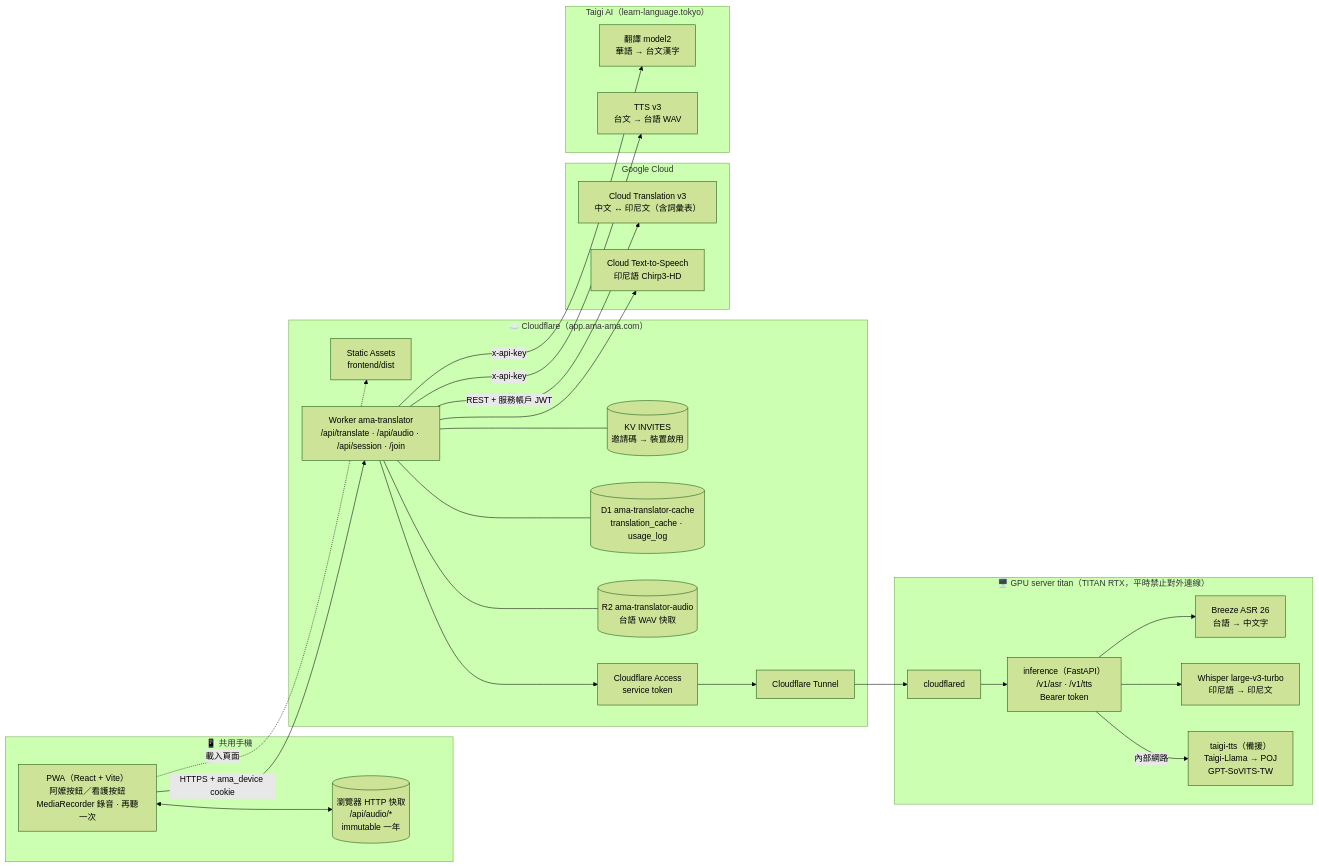
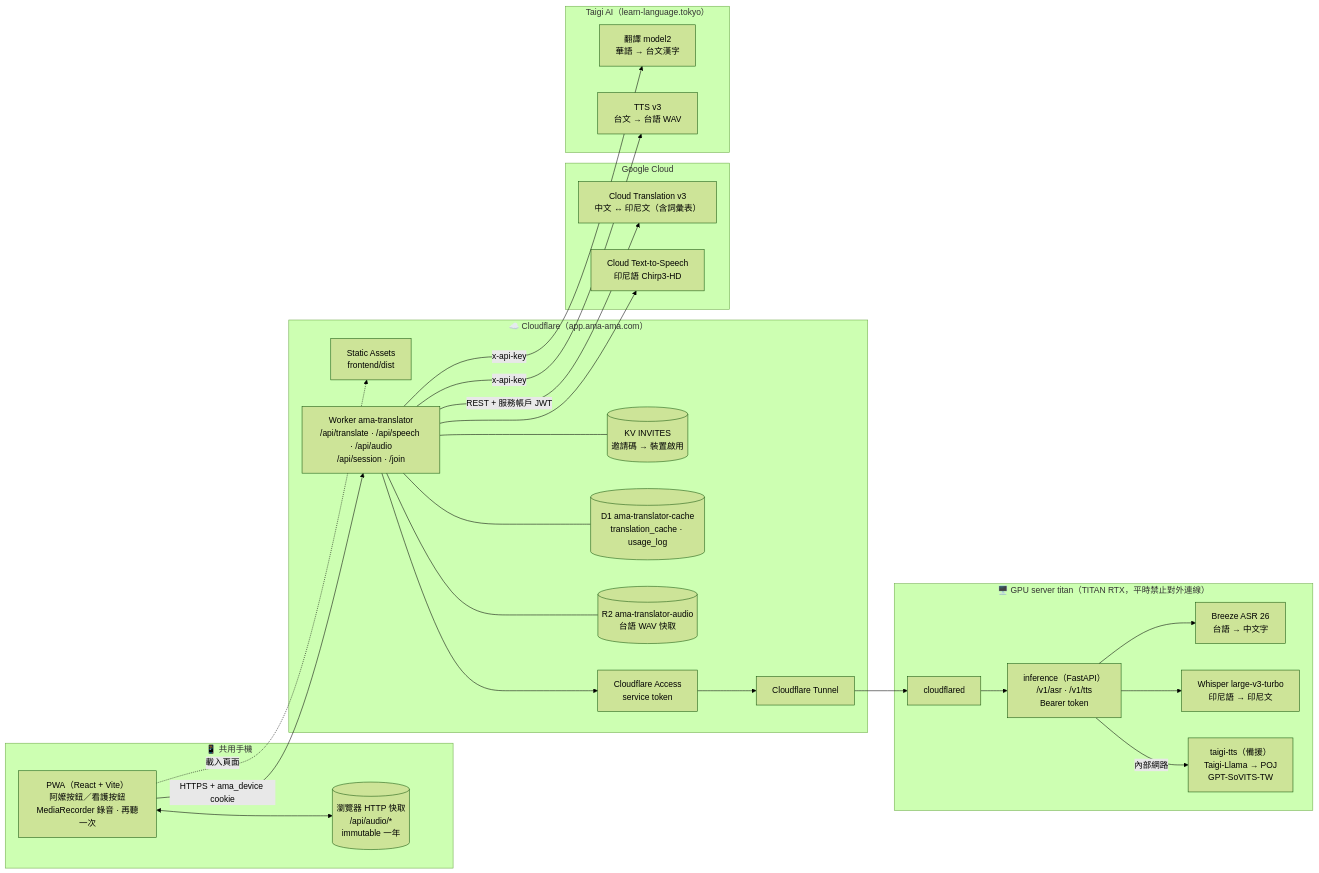
One commit to HsuChen88/ama-and-nurse changed the first of 4 diagrams in README.md. Above: the diagram before and after it, drawn with Mermaid (forest theme). The commit also changed other lines of this file and 2 other files, not shown here.

Commit message:
docs: define progressive speech API flow

````diff
--- a/README.md
+++ b/README.md
@@ -12,50 +12,50 @@
 ```mermaid
 flowchart LR
     subgraph Phone["📱 共用手機"]
         PWA["PWA（React + Vite）<br/>阿嬤按鈕／看護按鈕<br/>MediaRecorder 錄音 · 再聽一次"]
         HTTPCache[("瀏覽器 HTTP 快取<br/>/api/audio/*<br/>immutable 一年")]
     end
 
     subgraph CF["☁️ Cloudflare（app.ama-ama.com）"]
         Assets["Static Assets<br/>frontend/dist"]
-        Worker["Worker ama-translator<br/>/api/translate · /api/audio · /api/session · /join"]
+        Worker["Worker ama-translator<br/>/api/translate · /api/speech · /api/audio<br/>/api/session · /join"]
         KV[("KV INVITES<br/>邀請碼 → 裝置啟用")]
         D1[("D1 ama-translator-cache<br/>translation_cache · usage_log")]
         R2[("R2 ama-translator-audio<br/>台語 WAV 快取")]
         Access["Cloudflare Access<br/>service token"]
         Tunnel["Cloudflare Tunnel"]
     end
 
     subgraph Google["Google Cloud"]
         GTrans["Cloud Translation v3<br/>中文 ↔ 印尼文（含詞彙表）"]
         GTTS["Cloud Text-to-Speech<br/>印尼語 Chirp3-HD"]
     end
 
     subgraph Taigi["Taigi AI（learn-language.tokyo）"]
         TTrans["翻譯 model2<br/>華語 → 台文漢字"]
         TTTS["TTS v3<br/>台文 → 台語 WAV"]
     end
 
     subgraph Titan["🖥️ GPU server titan（TITAN RTX，平時禁止對外連線）"]
         CFD["cloudflared"]
         Inference["inference（FastAPI）<br/>/v1/asr · /v1/tts<br/>Bearer token"]
         ASRNan["Breeze ASR 26<br/>台語 → 中文字"]
         ASRId["Whisper large-v3-turbo<br/>印尼語 → 印尼文"]
         TaigiTTS["taigi-tts（備援）<br/>Taigi-Llama → POJ<br/>GPT-SoVITS-TW"]
     end
 
     PWA -- "HTTPS + ama_device cookie" --> Worker
     PWA -. "載入頁面" .-> Assets
     PWA <--> HTTPCache
     Worker --- KV
     Worker --- D1
     Worker --- R2
     Worker -- "REST + 服務帳戶 JWT" --> GTrans
     Worker --> GTTS
     Worker -- "x-api-key" --> TTrans
     Worker -- "x-api-key" --> TTTS
     Worker --> Access --> Tunnel --> CFD --> Inference
     Inference --> ASRNan
     Inference --> ASRId
     Inference -- "內部網路" --> TaigiTTS
 ```
````
